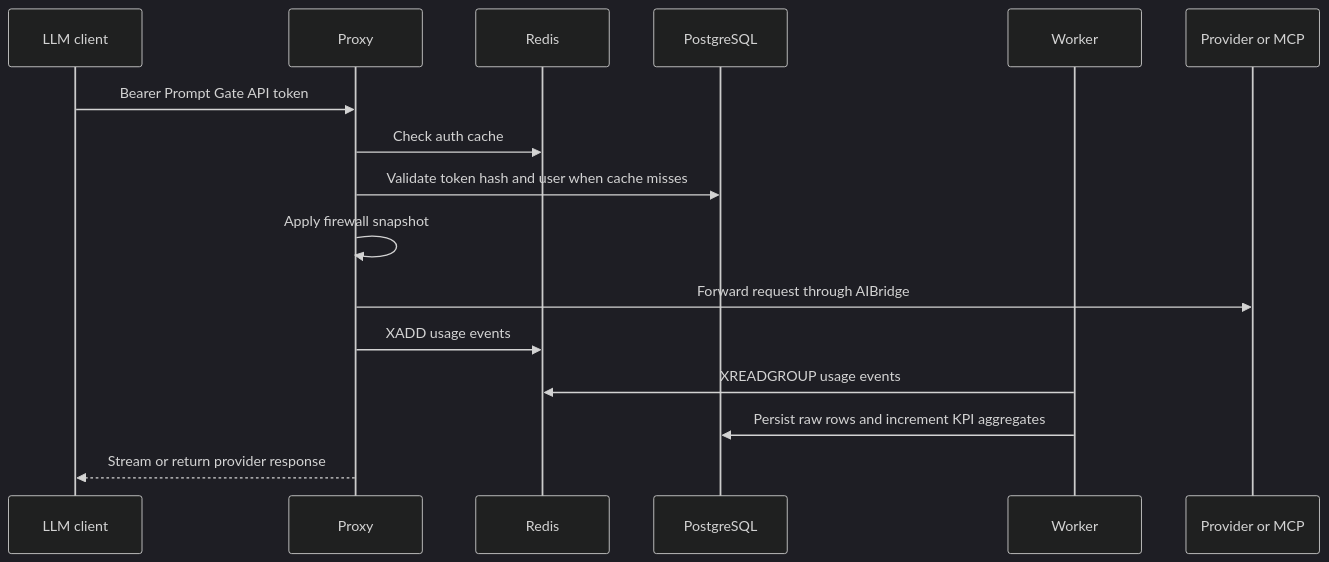
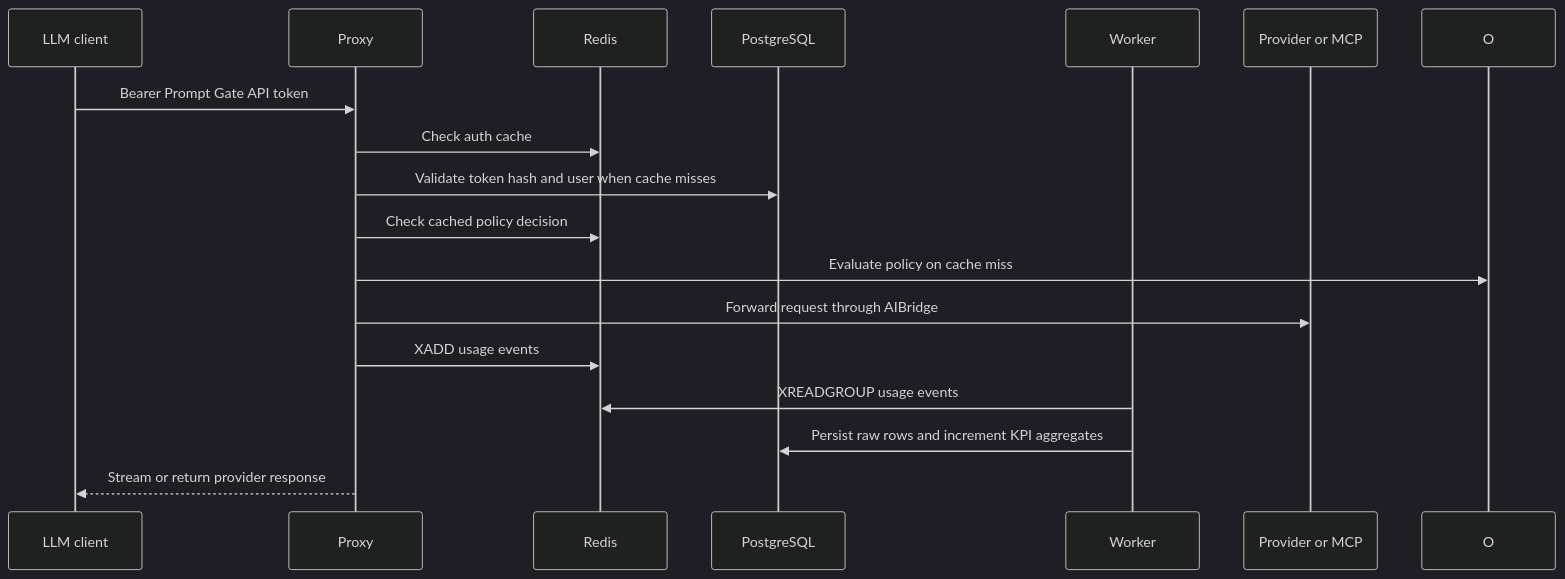
Before and after one commit to thomas-illiet/prompt-gate: the third of 4 diagrams in docs/architecture.md, drawn with Mermaid (dark theme). The commit also changed other lines of this file and 91 other files, not shown here.

````diff
--- a/docs/architecture.md
+++ b/docs/architecture.md
@@ -107,19 +109,20 @@
 ```mermaid
 sequenceDiagram
     participant C as LLM client
     participant P as Proxy
     participant R as Redis
     participant D as PostgreSQL
     participant W as Worker
     participant U as Provider or MCP
 
     C->>P: Bearer Prompt Gate API token
     P->>R: Check auth cache
     P->>D: Validate token hash and user when cache misses
-    P->>P: Apply firewall snapshot
+    P->>R: Check cached policy decision
+    P->>O: Evaluate policy on cache miss
     P->>U: Forward request through AIBridge
     P->>R: XADD usage events
     W->>R: XREADGROUP usage events
     W->>D: Persist raw rows and increment KPI aggregates
     P-->>C: Stream or return provider response
 ```
````
